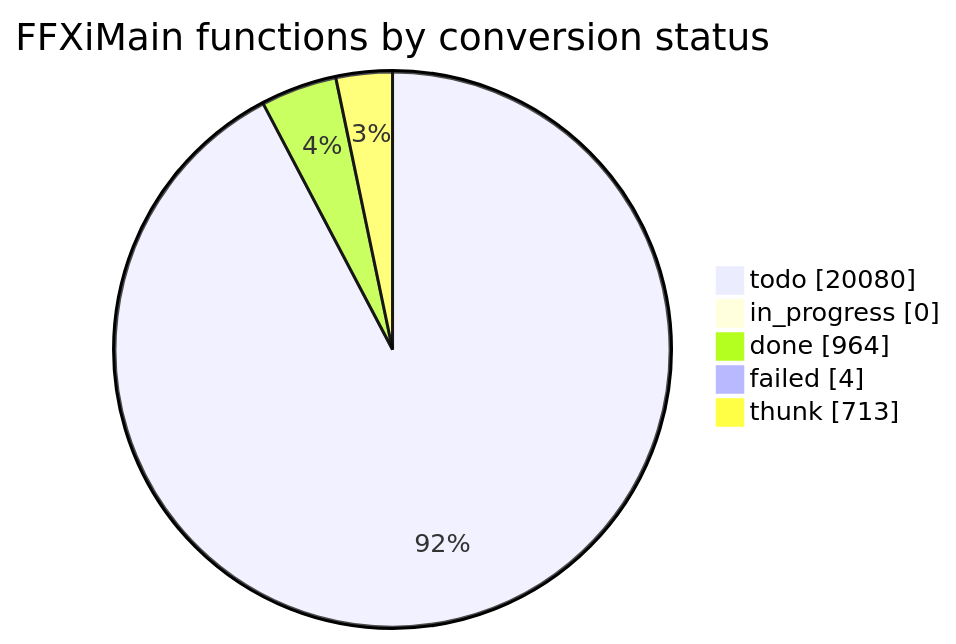
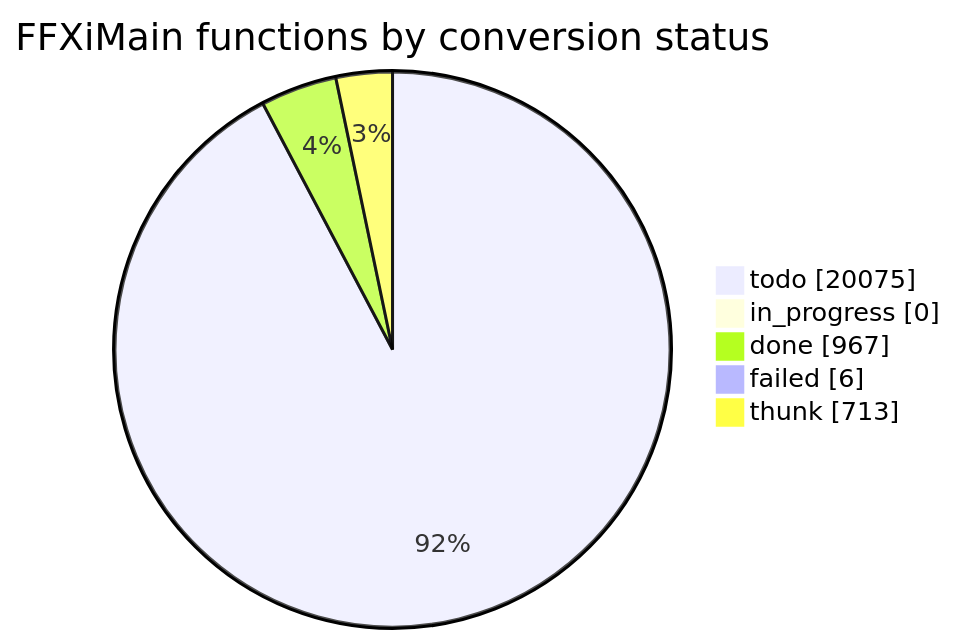
One commit to cowrevenge/cow_kuluu_xi_anything changed the diagram in docs/cow/STATUS.md. Above: the diagram before and after it, drawn with Mermaid. The commit also changed other lines of this file and 25 other files, not shown here.

````diff
--- a/docs/cow/STATUS.md
+++ b/docs/cow/STATUS.md
@@ -18,9 +18,9 @@
 ```mermaid
 pie showData
     title FFXiMain functions by conversion status
-    "todo" : 20080
+    "todo" : 20075
     "in_progress" : 0
-    "done" : 964
-    "failed" : 4
+    "done" : 967
+    "failed" : 6
     "thunk" : 713
 ```
````
